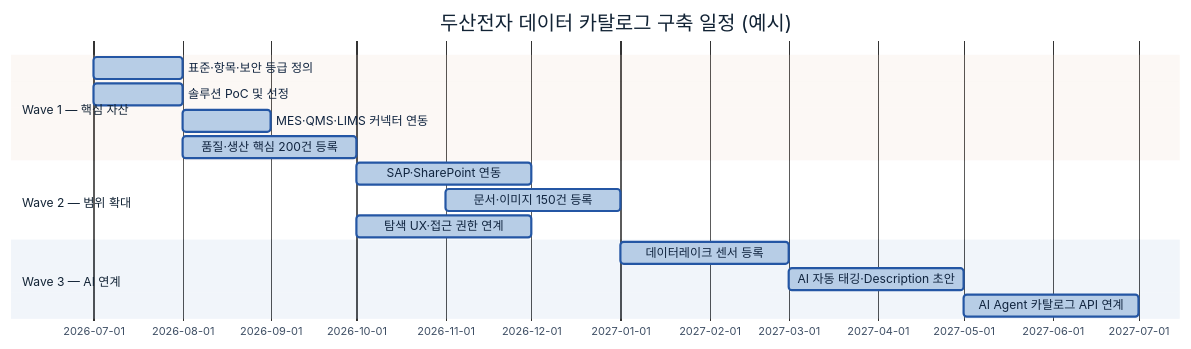
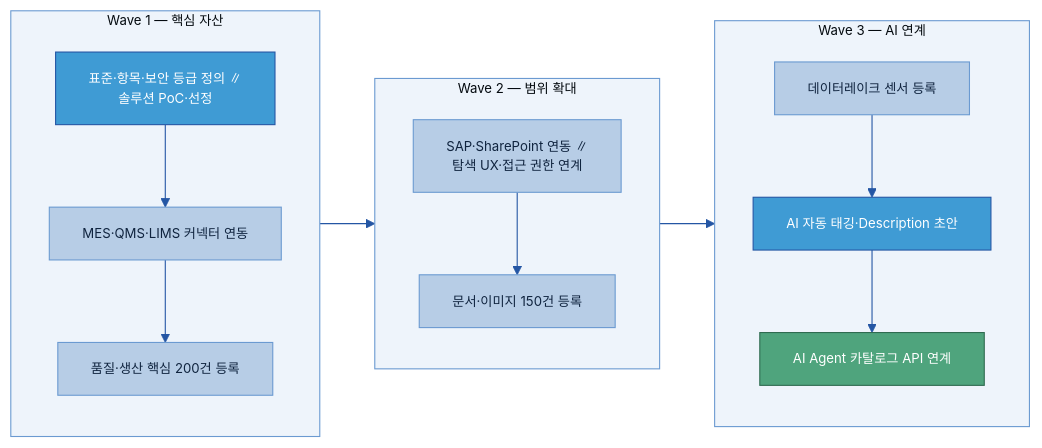
One commit to jin-kearney/ai-ready-data-manual changed the eighth of 11 diagrams in 가이드 작성/A-1 데이터 카탈로그/A-1 데이터 카탈로그.md. Above: the diagram before and after it, drawn with Mermaid. The commit also changed other lines of this file and 6 other files, not shown here.

First line of the commit message:
docs(A-1·A-2·A-3·B-1·B-2·B-3): 6개 가이드 스토리 점검·다이어그램 보강

````diff
--- a/가이드 작성/A-1 데이터 카탈로그/A-1 데이터 카탈로그.md
+++ b/가이드 작성/A-1 데이터 카탈로그/A-1 데이터 카탈로그.md
@@ -730,19 +732,28 @@
 ```mermaid
-%%{init: {'theme':'base','themeVariables':{'primaryColor':'#B7CDE6','primaryBorderColor':'#2456A4','primaryTextColor':'#10243f','lineColor':'#2456A4','fontSize':'12px'}}}%%
-gantt
-    title 두산전자 데이터 카탈로그 구축 일정 (예시)
-    dateFormat YYYY-MM
-    section Wave 1 — 핵심 자산
-    표준·항목·보안 등급 정의      :w1a, 2026-07, 1M
-    솔루션 PoC 및 선정            :w1b, 2026-07, 1M
-    MES·QMS·LIMS 커넥터 연동      :w1c, 2026-08, 1M
-    품질·생산 핵심 200건 등록     :w1d, 2026-08, 2M
-    section Wave 2 — 범위 확대
-    SAP·SharePoint 연동           :w2a, 2026-10, 2M
-    문서·이미지 150건 등록        :w2b, 2026-11, 2M
-    탐색 UX·접근 권한 연계        :w2c, 2026-10, 2M
-    section Wave 3 — AI 연계
-    데이터레이크 센서 등록        :w3a, 2027-01, 2M
-    AI 자동 태깅·Description 초안 :w3b, 2027-03, 2M
-    AI Agent 카탈로그 API 연계    :w3c, 2027-05, 2M
+%%{init: {'theme':'base','themeVariables':{'primaryColor':'#DCE8F5','primaryBorderColor':'#2456A4','primaryTextColor':'#10243f','lineColor':'#2456A4','clusterBkg':'#EEF4FB','clusterBorder':'#6B9AD1','fontSize':'12px'}}}%%
+flowchart LR
+    subgraph W1["Wave 1 — 핵심 자산"]
+        direction TB
+        W1A["표준·항목·보안 등급 정의 ∥<br/>솔루션 PoC·선정"]:::gate
+        W1B["MES·QMS·LIMS 커넥터 연동"]:::n
+        W1C["품질·생산 핵심 200건 등록"]:::n
+        W1A --> W1B --> W1C
+    end
+    subgraph W2["Wave 2 — 범위 확대"]
+        direction TB
+        W2A["SAP·SharePoint 연동 ∥<br/>탐색 UX·접근 권한 연계"]:::n
+        W2B["문서·이미지 150건 등록"]:::n
+        W2A --> W2B
+    end
+    subgraph W3["Wave 3 — AI 연계"]
+        direction TB
+        W3A["데이터레이크 센서 등록"]:::n
+        W3B["AI 자동 태깅·Description 초안"]:::gate
+        W3C["AI Agent 카탈로그 API 연계"]:::loop
+        W3A --> W3B --> W3C
+    end
+    W1 --> W2 --> W3
+    classDef n fill:#B7CDE6,stroke:#6B9AD1,color:#10243f;
+    classDef gate fill:#3F9BD4,stroke:#2456A4,color:#fff;
+    classDef loop fill:#4FA47D,stroke:#2f6b50,color:#fff;
 ```
````
